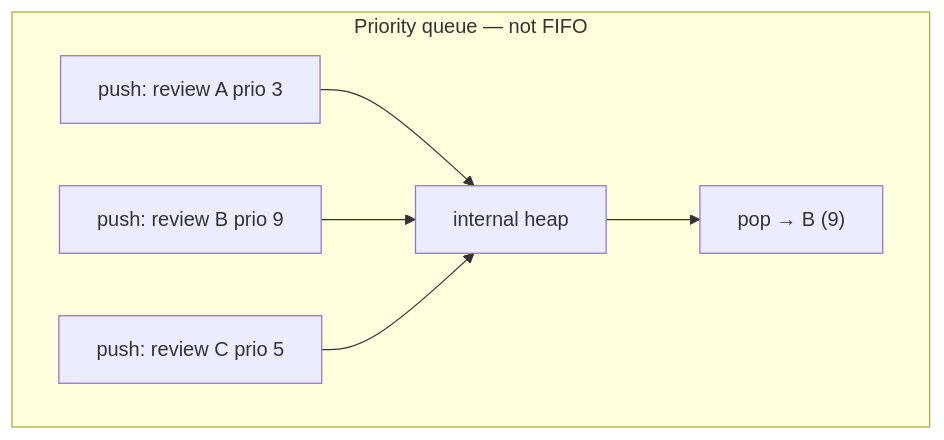
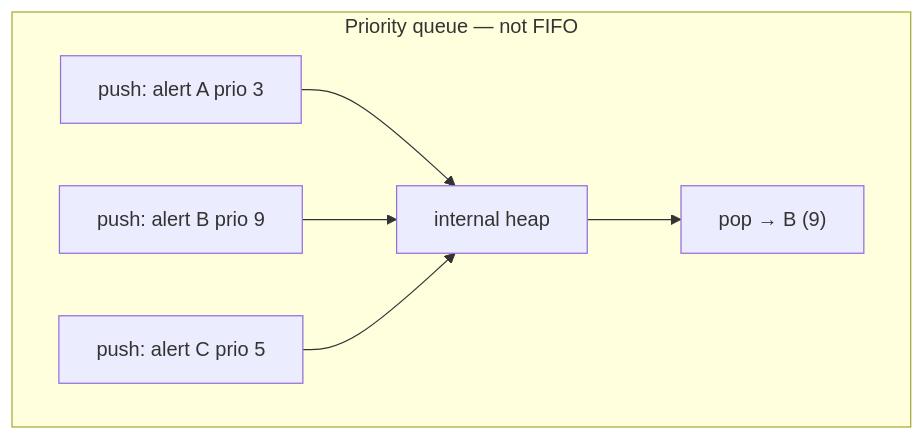
The first of 8 diagrams in docs/dsa/data-structures/priority-queue/index.md (qgjones9/python-programming-guide), drawn with Mermaid before and after one commit. The commit also changed other lines of this file and 29 other files, not shown here.

````diff
--- a/docs/dsa/data-structures/priority-queue/index.md
+++ b/docs/dsa/data-structures/priority-queue/index.md
@@ -32,10 +32,10 @@
 ```mermaid
 flowchart TB
   subgraph pq["Priority queue — not FIFO"]
-    IN1["push: review A prio 3"] --> HEAP
-    IN2["push: review B prio 9"] --> HEAP
-    IN3["push: review C prio 5"] --> HEAP
+    IN1["push: alert A prio 3"] --> HEAP
+    IN2["push: alert B prio 9"] --> HEAP
+    IN3["push: alert C prio 5"] --> HEAP
     HEAP["internal heap"]
     HEAP --> OUT["pop → B (9)"]
   end
 ```
````
